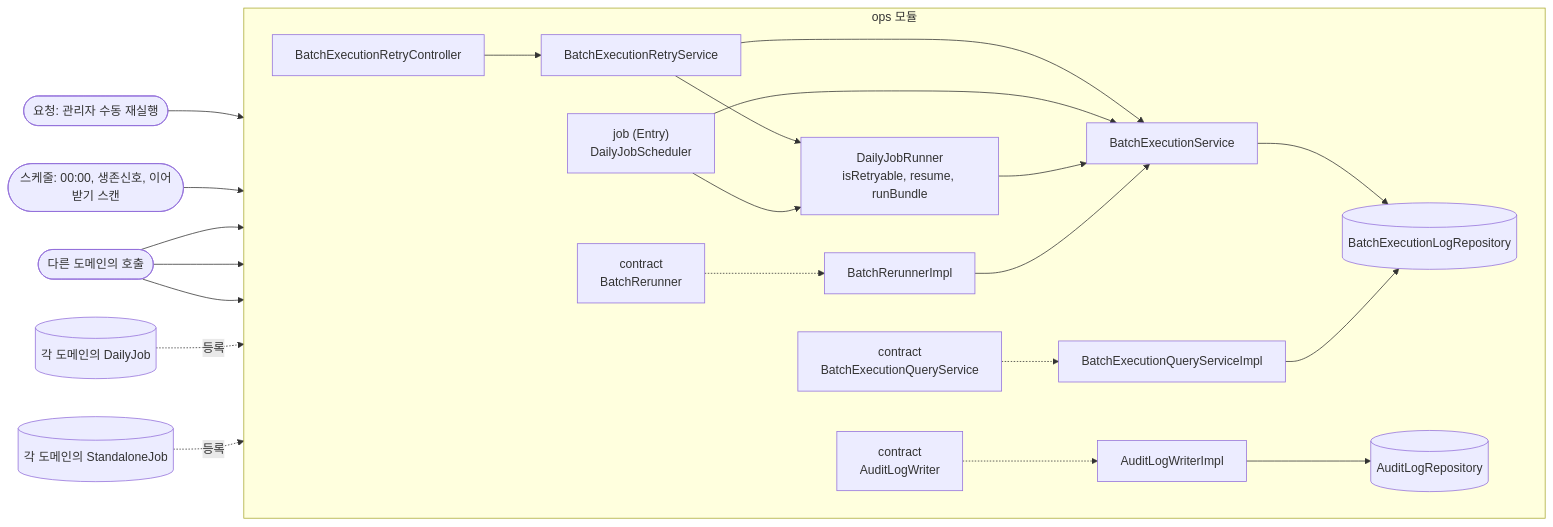
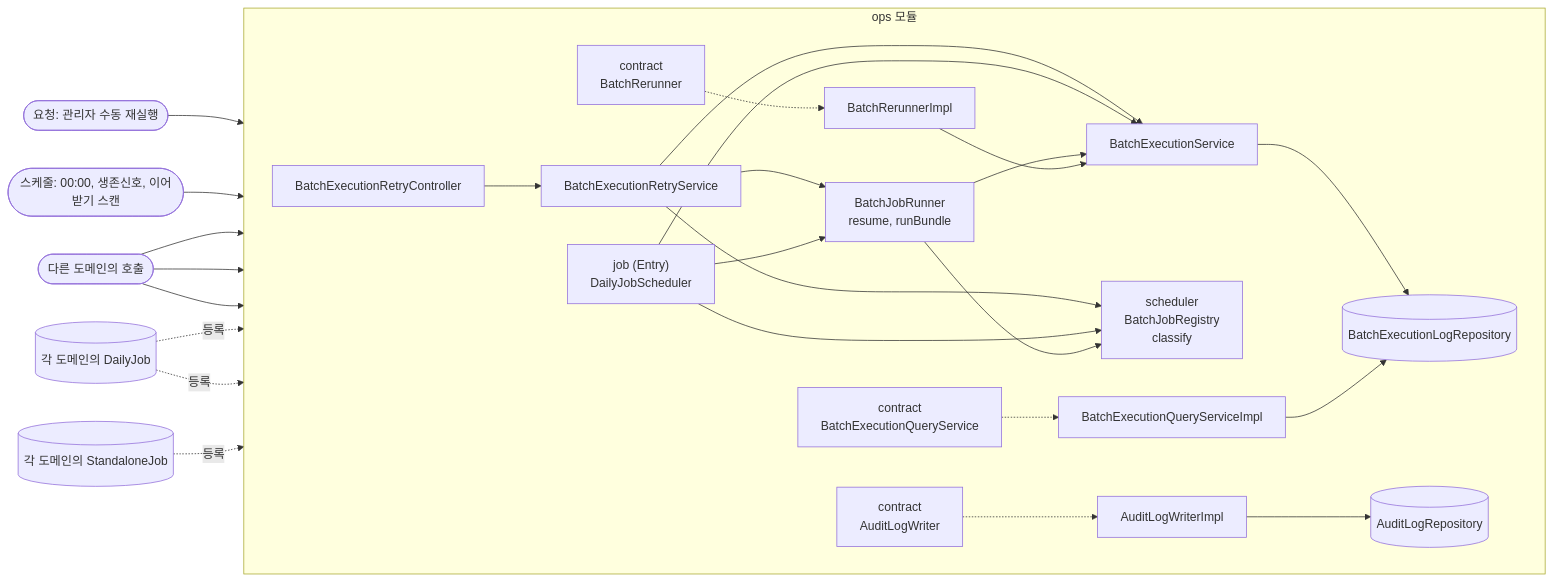
Before and after one commit to lunch-catch/lc-backend: the first of 3 diagrams in docs/design/ops/ops_구조와_동작_설계.md, drawn with Mermaid. The commit also changed other lines of this file and 5 other files, not shown here.

````diff
--- a/docs/design/ops/ops_구조와_동작_설계.md
+++ b/docs/design/ops/ops_구조와_동작_설계.md
@@ -73,31 +73,34 @@
 ```mermaid
 flowchart LR
     REQ([요청: 관리자 수동 재실행]) --> BRC
     SCH([스케줄: 00:00, 생존신호, 이어받기 스캔]) --> DJS
     CALL([다른 도메인의 호출]) --> ALW & BEQ & BRR
 
     subgraph ops["ops 모듈"]
         direction LR
         ALW["contract<br/>AuditLogWriter"]
         BEQ["contract<br/>BatchExecutionQueryService"]
         BRR["contract<br/>BatchRerunner"]
 
         DJS["job (Entry)<br/>DailyJobScheduler"]
         BRC[BatchExecutionRetryController] --> BRS["BatchExecutionRetryService"]
         BRS --> BES["BatchExecutionService"]
-        BRS --> DJR["DailyJobRunner<br/>isRetryable, resume, runBundle"]
+        BRS --> DJR["BatchJobRunner<br/>resume, runBundle"]
+        BRS --> REG["scheduler<br/>BatchJobRegistry<br/>classify"]
+        DJS --> REG
+        DJR --> REG
         DJS --> BES
         DJS --> DJR
         BES --> BELR[(BatchExecutionLogRepository)]
         DJR --> BES
         ALW -.-> ALWI[AuditLogWriterImpl]
         ALWI --> ALR[(AuditLogRepository)]
         BEQ -.-> BEQI[BatchExecutionQueryServiceImpl]
         BRR -.-> BRRI[BatchRerunnerImpl]
         BEQI --> BELR
         BRRI --> BES
     end
 
-    DJ[("각 도메인의 DailyJob")] -.등록.-> DJR
-    SJ[("각 도메인의 StandaloneJob")] -.등록.-> DJR
+    DJ[("각 도메인의 DailyJob")] -.등록.-> DJR & REG
+    SJ[("각 도메인의 StandaloneJob")] -.등록.-> REG
 ```
````
